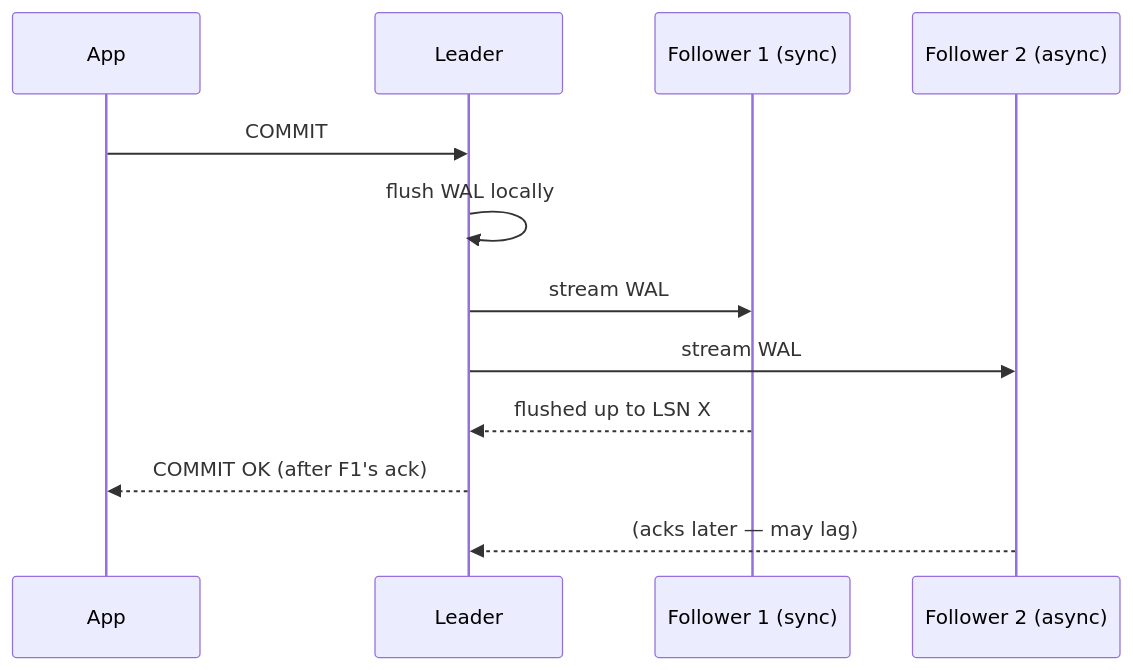
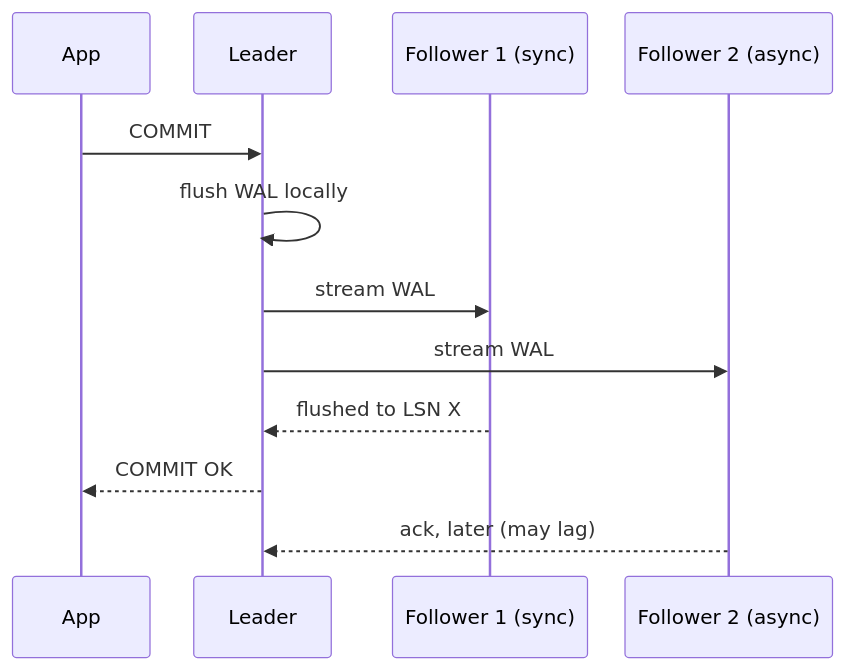
Before and after one commit to Siva010/CoreCS: the diagram in content/lessons/db/db-replication.md, drawn with Mermaid. The commit also changed 54 other files, not shown here.

First line of the commit message:
Add diagrams to the database lessons and make them readable

````diff
--- a/content/lessons/db/db-replication.md
+++ b/content/lessons/db/db-replication.md
@@ -66,14 +66,15 @@
 ```mermaid
+%%{init: {"sequence": {"width": 110, "actorMargin": 30}}}%%
 sequenceDiagram
     participant App
     participant L as Leader
     participant F1 as Follower 1 (sync)
     participant F2 as Follower 2 (async)
     App->>L: COMMIT
     L->>L: flush WAL locally
     L->>F1: stream WAL
     L->>F2: stream WAL
-    F1-->>L: flushed up to LSN X
-    L-->>App: COMMIT OK (after F1's ack)
-    F2-->>L: (acks later — may lag)
+    F1-->>L: flushed to LSN X
+    L-->>App: COMMIT OK
+    F2-->>L: ack, later (may lag)
 ```
````
